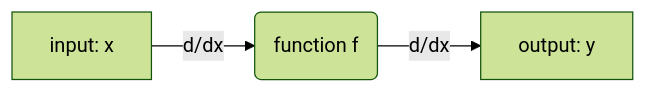
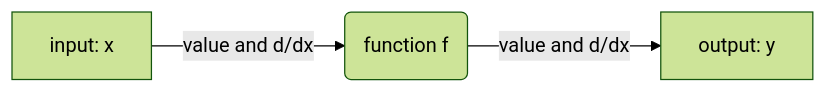
One commit to aaronjoseph/DataScienceNotes changed the first of 2 diagrams in Computational Graph.md. Above: the diagram before and after it, drawn with Mermaid (forest theme). The commit also changed other lines of this file and 44 other files, not shown here.

````diff
--- a/Computational Graph.md
+++ b/Computational Graph.md
@@ -25,7 +28,5 @@
 ```mermaid
-%% Mermaid Diagram for Forward-mode Autodiff
 graph LR
-    A[input: x] -->|d/dx| B(function f)
-    B -->|d/dx| C[output: y]
-
+    A[input: x] -->|value and d/dx| B(function f)
+    B -->|value and d/dx| C[output: y]
 ```
````
